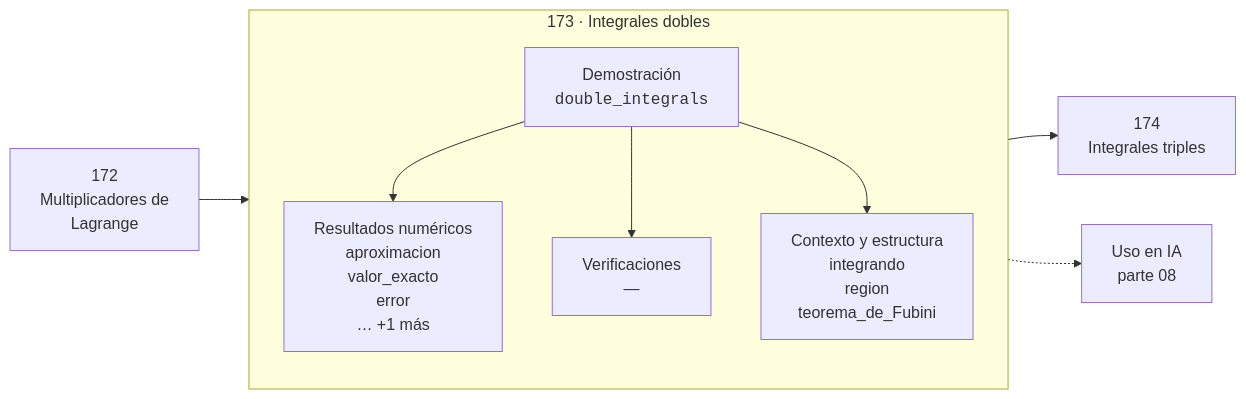
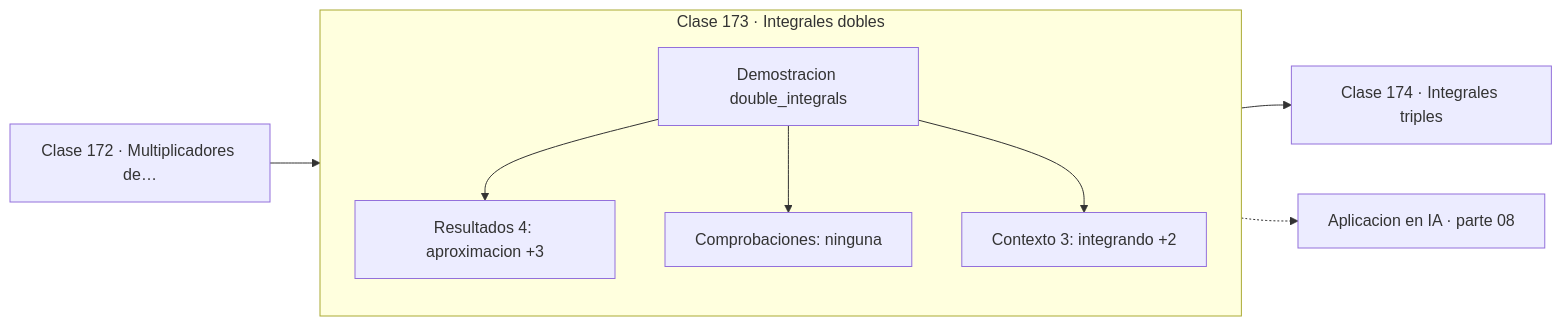
The diagram in classes/part-08-calculo-multivariable-matricial-y-autodiferenciacion/173-integrales-dobles/README.md (vladimiracunadev-create/computational-mathematics-program), drawn with Mermaid before and after one commit. The commit also changed 389 other files, not shown here.

First line of the commit message:
fix(diagramas): elimina el HTML de las etiquetas Mermaid

````diff
--- a/classes/part-08-calculo-multivariable-matricial-y-autodiferenciacion/173-integrales-dobles/README.md
+++ b/classes/part-08-calculo-multivariable-matricial-y-autodiferenciacion/173-integrales-dobles/README.md
@@ -30,12 +30,13 @@
 ```mermaid
 flowchart LR
-    P["172<br/>Multiplicadores de<br/>Lagrange"] --> C
-    subgraph C["173 · Integrales dobles"]
+    P["Clase 172 · Multiplicadores de…"] --> D
+    subgraph CLASE["Clase 173 · Integrales dobles"]
         direction TB
-        D["Demostración<br/><code>double_integrals</code>"] --> R["Resultados numéricos<br/>aproximacion<br/>valor_exacto<br/>error<br/>… +1 más"]
-        D --> V["Verificaciones<br/>—"]
-        D --> O["Contexto y estructura<br/>integrando<br/>region<br/>teorema_de_Fubini"]
+        D["Demostracion double_integrals"]
+        D --> R["Resultados 4: aproximacion +3"]
+        D --> V["Comprobaciones: ninguna"]
+        D --> O["Contexto 3: integrando +2"]
     end
-    C --> N["174<br/>Integrales triples"]
-    C -.-> IA["Uso en IA<br/>parte 08"]
+    R --> N["Clase 174 · Integrales triples"]
+    V -.-> IA["Aplicacion en IA · parte 08"]
 ```
````
